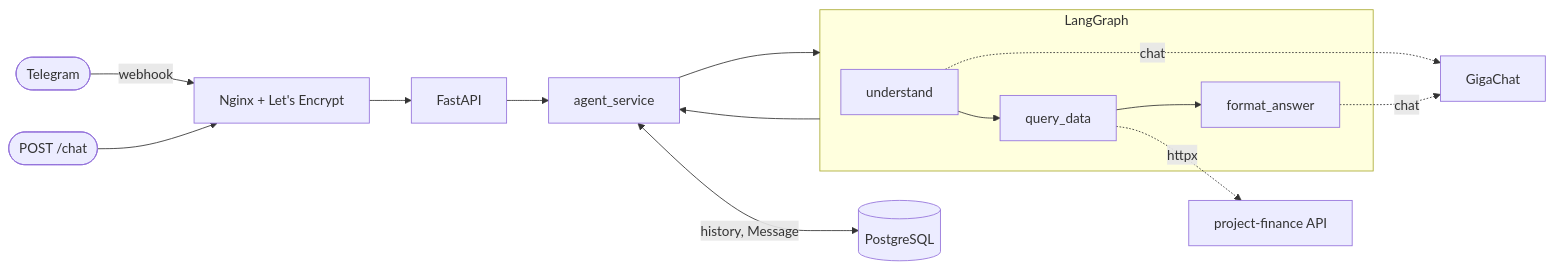
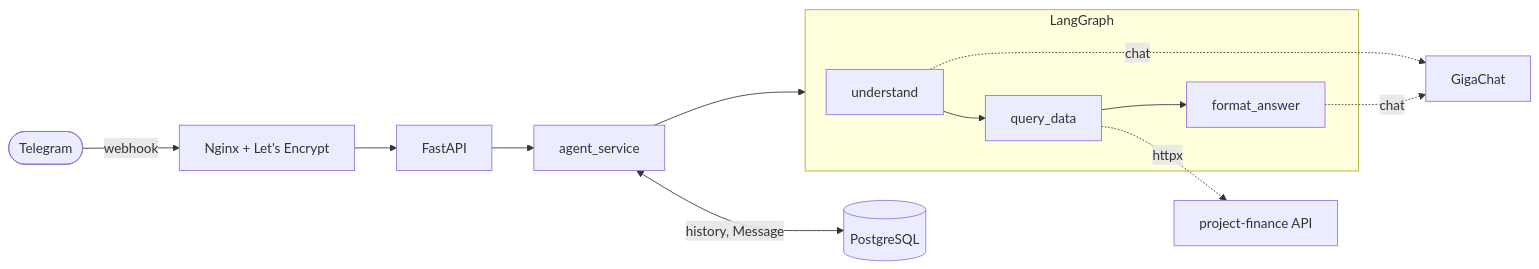
Before and after one commit to daniil-avdeenko/fastapi-finance-agent: the diagram in README.md, drawn with Mermaid. The commit also changed other lines of this file and 2 other files, not shown here.

````diff
--- a/README.md
+++ b/README.md
@@ -23,19 +40,16 @@
 ```mermaid
 flowchart LR
     TG([Telegram]) -->|webhook| Nginx[Nginx + Let's Encrypt]
-    HTTP([POST /chat]) --> Nginx
     Nginx --> API[FastAPI]
-    API --> Svc[agent_service]
 
     subgraph Agent[LangGraph]
         U[understand] --> Q[query_data] --> F[format_answer]
     end
 
+    API --> Svc[agent_service]
     Svc --> Agent
     U -.->|chat| LLM[GigaChat]
     F -.->|chat| LLM
     Q -.->|httpx| Main[project-finance API]
-    Agent --> Svc
-
     Svc <-->|history, Message| DB[(PostgreSQL)]
 ```
````
